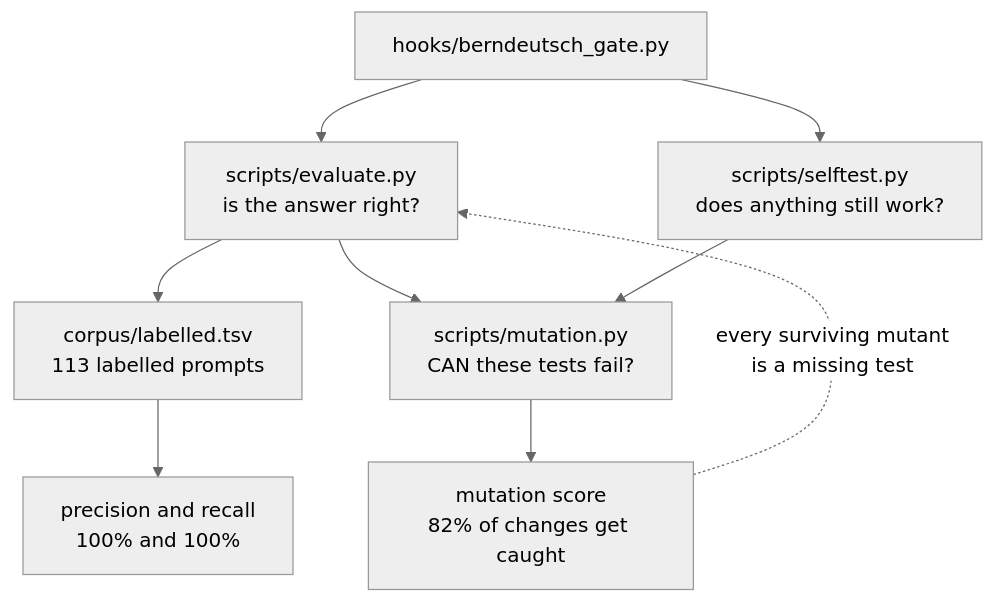
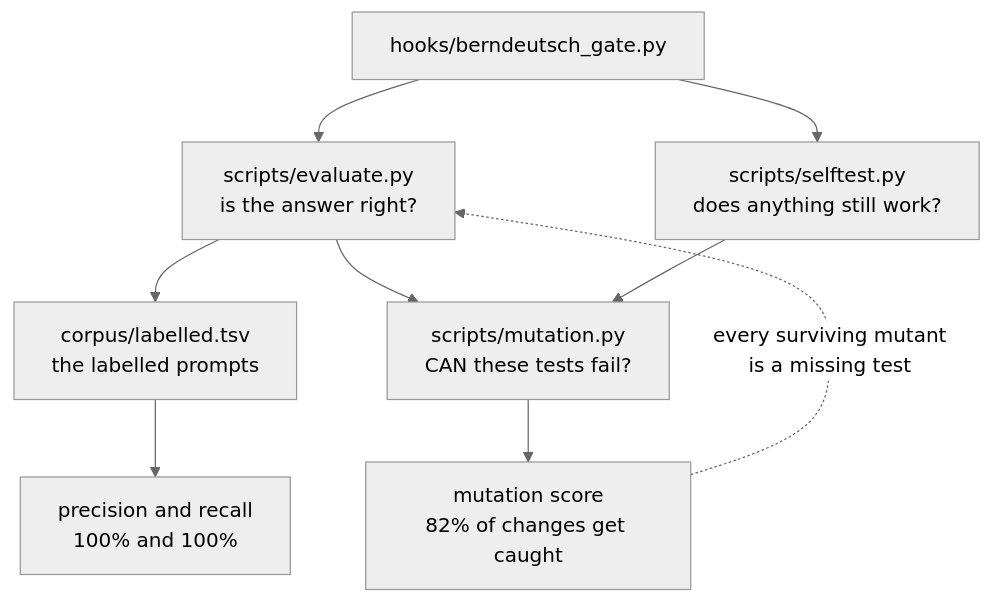
One commit to sapn95/berndeutsch-for-ai changed the second of 3 diagrams in README.md. Above: the diagram before and after it, drawn with Mermaid (neutral theme). The commit also changed other lines of this file and 8 other files, not shown here.

````diff
--- a/README.md
+++ b/README.md
@@ -191,14 +191,14 @@
 ```mermaid
 flowchart TD
     CODE["hooks/berndeutsch_gate.py"]
 
     CODE --> EV["scripts/evaluate.py<br/>is the answer right?"]
     CODE --> ST["scripts/selftest.py<br/>does anything still work?"]
-    EV --> LAB["corpus/labelled.tsv<br/>113 labelled prompts"]
+    EV --> LAB["corpus/labelled.tsv<br/>the labelled prompts"]
     LAB --> NUM["precision and recall<br/>100% and 100%"]
 
     EV --> MUT["scripts/mutation.py<br/>CAN these tests fail?"]
     ST --> MUT
     MUT --> SCORE["mutation score<br/>82% of changes get caught"]
     SCORE -.->|"every surviving mutant<br/>is a missing test"| EV
 ```
````
